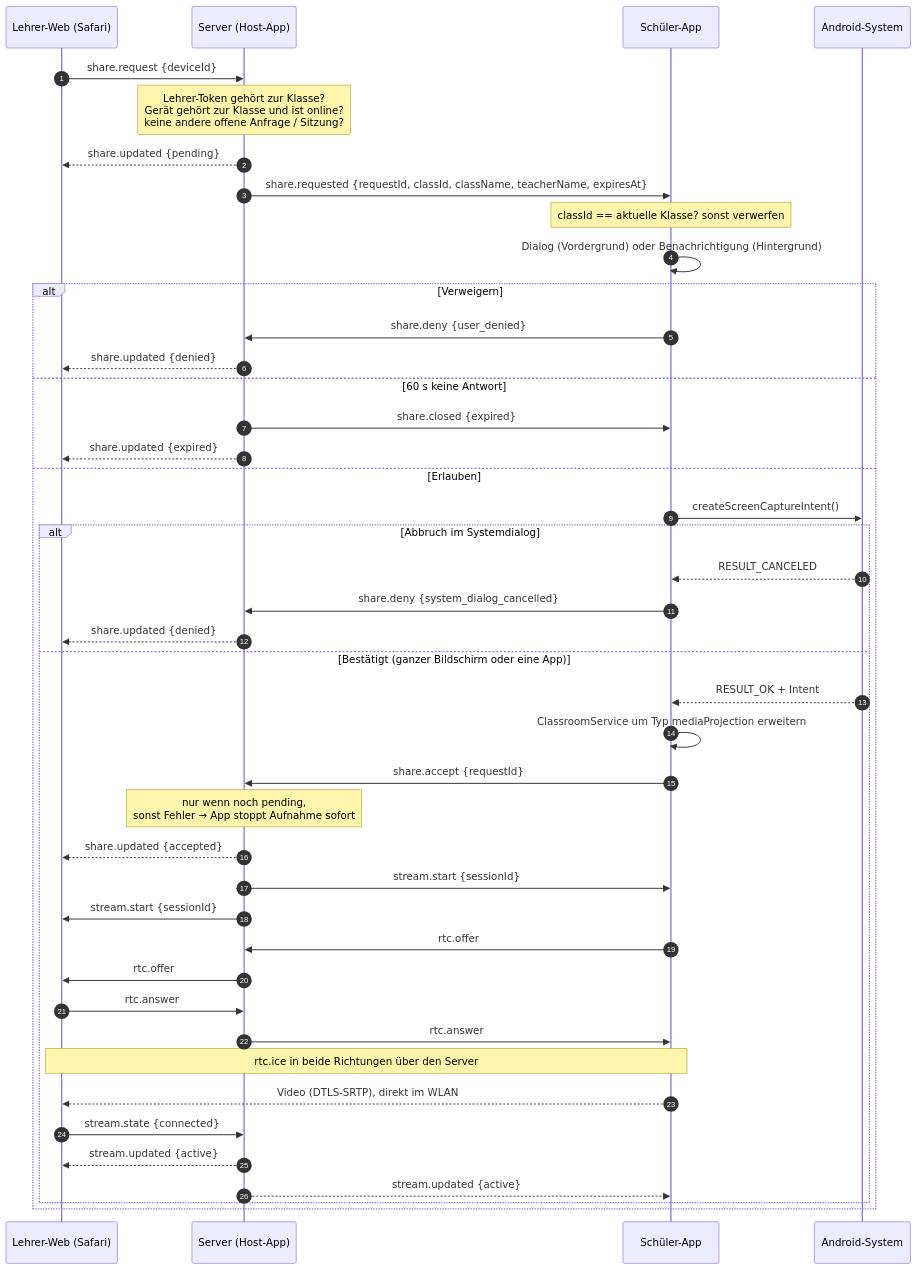
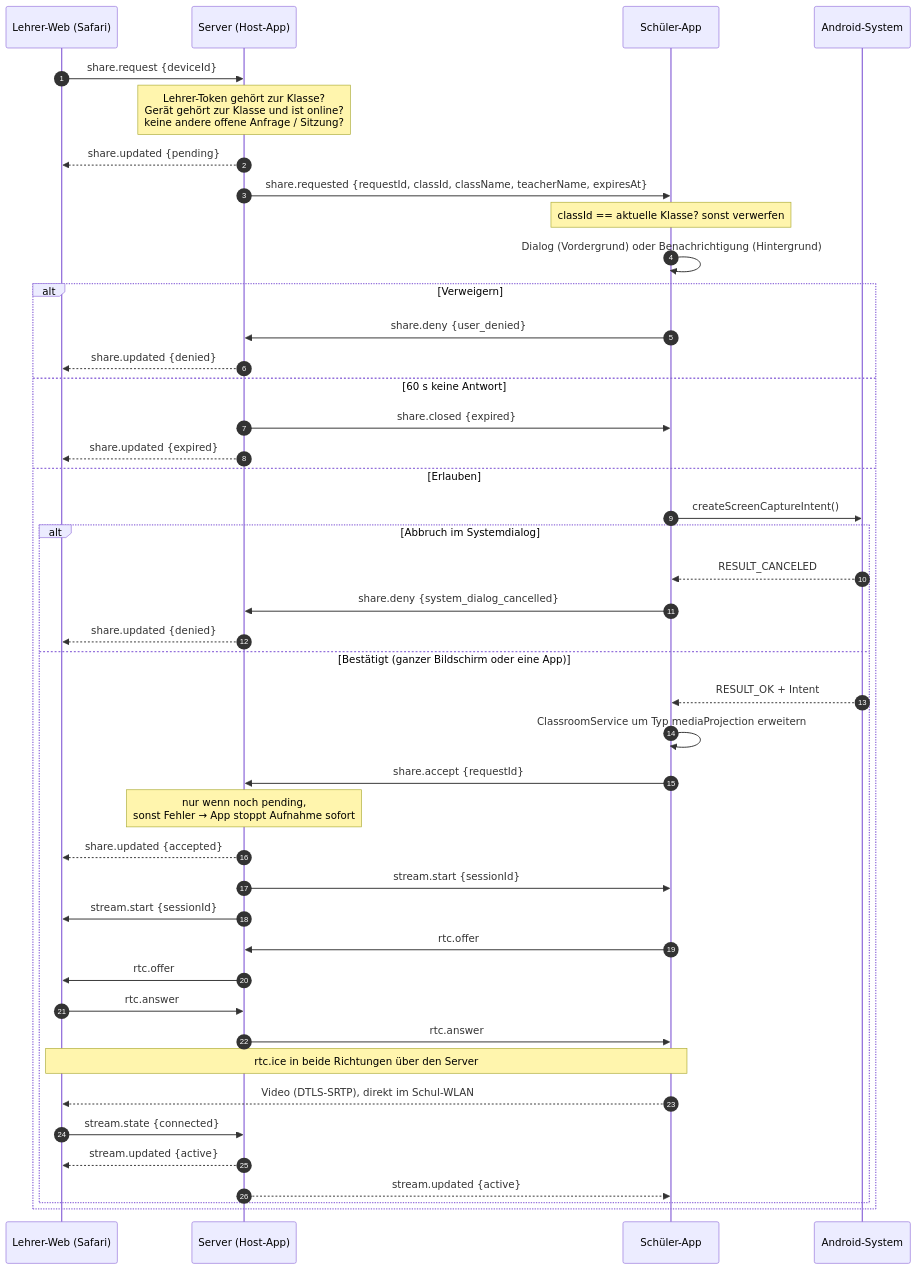
One commit to realcraftguy-com/Classview changed the seventh of 8 diagrams in docs/architecture.md. Above: the diagram before and after it, drawn with Mermaid. The commit also changed other lines of this file and 3 other files, not shown here.

````diff
--- a/docs/architecture.md
+++ b/docs/architecture.md
@@ -460,47 +495,47 @@
 ```mermaid
 sequenceDiagram
     autonumber
     participant L as Lehrer-Web (Safari)
     participant H as Server (Host-App)
     participant S as Schüler-App
     participant A as Android-System
 
     L->>H: share.request {deviceId}
     Note over H: Lehrer-Token gehört zur Klasse?<br/>Gerät gehört zur Klasse und ist online?<br/>keine andere offene Anfrage / Sitzung?
     H-->>L: share.updated {pending}
     H->>S: share.requested {requestId, classId, className, teacherName, expiresAt}
     Note over S: classId == aktuelle Klasse? sonst verwerfen
     S->>S: Dialog (Vordergrund) oder Benachrichtigung (Hintergrund)
 
     alt Verweigern
         S->>H: share.deny {user_denied}
         H-->>L: share.updated {denied}
     else 60 s keine Antwort
         H->>S: share.closed {expired}
         H-->>L: share.updated {expired}
     else Erlauben
         S->>A: createScreenCaptureIntent()
         alt Abbruch im Systemdialog
             A-->>S: RESULT_CANCELED
             S->>H: share.deny {system_dialog_cancelled}
             H-->>L: share.updated {denied}
         else Bestätigt (ganzer Bildschirm oder eine App)
             A-->>S: RESULT_OK + Intent
             S->>S: ClassroomService um Typ mediaProjection erweitern
             S->>H: share.accept {requestId}
             Note over H: nur wenn noch pending,<br/>sonst Fehler → App stoppt Aufnahme sofort
             H-->>L: share.updated {accepted}
             H->>S: stream.start {sessionId}
             H->>L: stream.start {sessionId}
             S->>H: rtc.offer
             H->>L: rtc.offer
             L->>H: rtc.answer
             H->>S: rtc.answer
             Note over S,L: rtc.ice in beide Richtungen über den Server
-            S-->>L: Video (DTLS-SRTP), direkt im WLAN
+            S-->>L: Video (DTLS-SRTP), direkt im Schul-WLAN
             L->>H: stream.state {connected}
             H-->>L: stream.updated {active}
             H-->>S: stream.updated {active}
         end
     end
 ```
````
